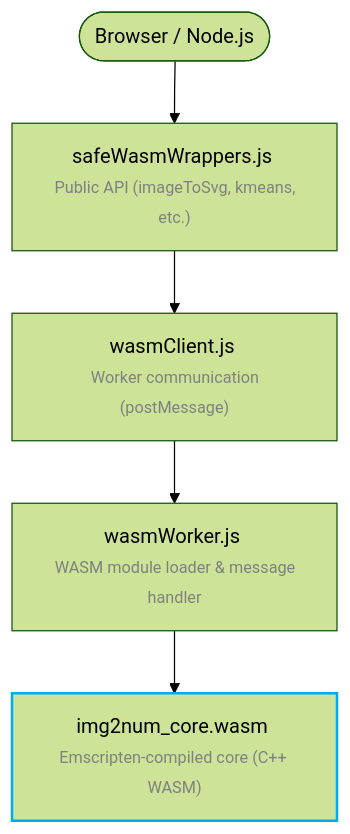
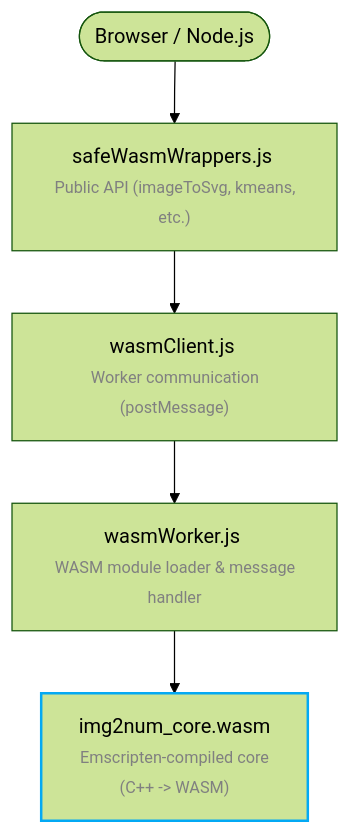
Before and after one commit to Ryan-Millard/Img2Num: the diagram in docs/docs/js/docs/index.md, drawn with Mermaid (forest theme). The commit also changed other lines of this file and 11 other files, not shown here.

````diff
--- a/docs/docs/js/docs/index.md
+++ b/docs/docs/js/docs/index.md
@@ -9,15 +7,15 @@
 ```mermaid
 graph TD
 A([Browser / Node.js]) --> B
 B["safeWasmWrappers.js <br> <font size=2 color=gray>Public API (imageToSvg, kmeans, etc.)</font>"]
 C["wasmClient.js <br> <font size=2 color=gray>Worker communication (postMessage)</font>"]
 D["wasmWorker.js <br> <font size=2 color=gray>WASM module loader & message handler</font>"]
-E["img2num_core.wasm <br> <font size=2 color=gray>Emscripten-compiled core (C++ <MoveRight size={15} /> WASM)</font>"]
+E["img2num_core.wasm <br> <font size=2 color=gray>Emscripten-compiled core<br />(C++ -> WASM)</font>"]
 
 B --> C
 C --> D
 D --> E
 
 %% Accent the WASM core binary box
 style E stroke:#03a9f4,stroke-width:2px
 ```
````
